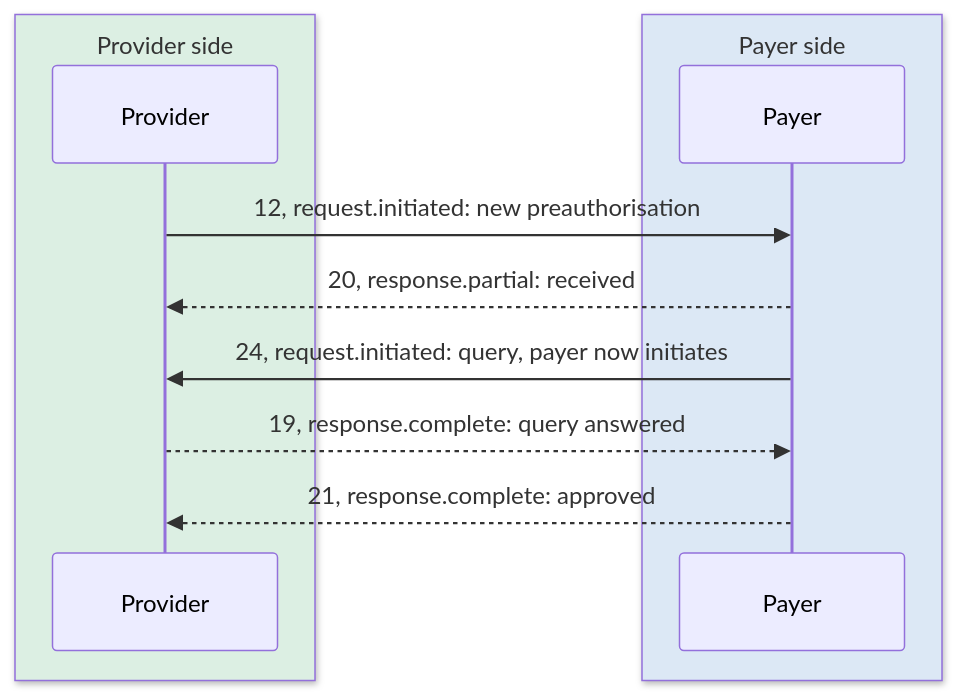
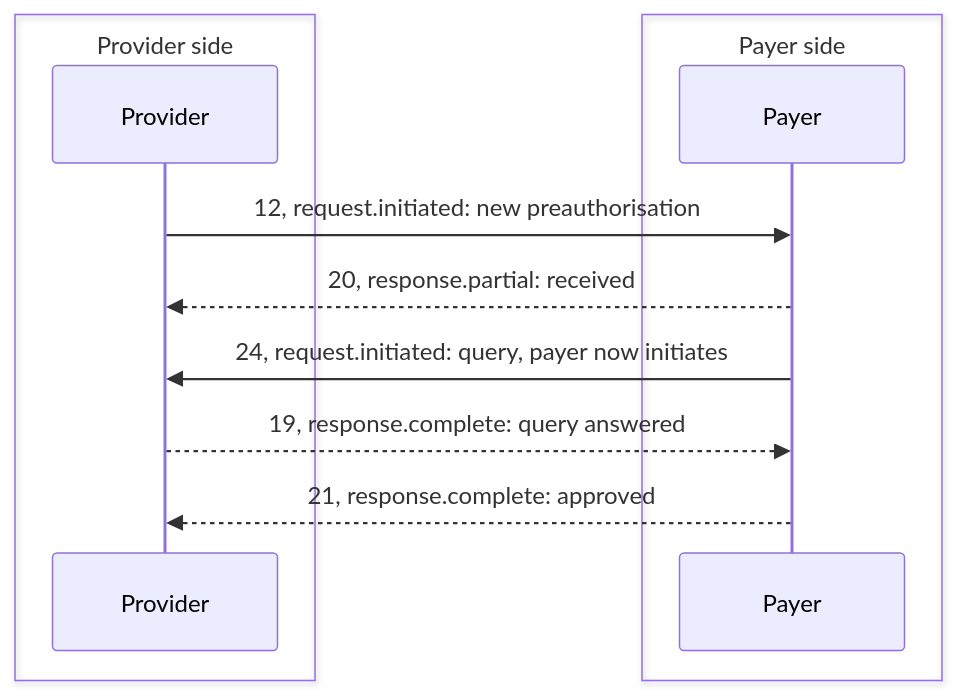
The diagram in site/docs/nhcx/v1/concepts/jwe-status-and-errors.md (nha-in/docs), drawn with Mermaid before and after one commit. The commit also changed other lines of this file and 178 other files, not shown here.

````diff
--- a/site/docs/nhcx/v1/concepts/jwe-status-and-errors.md
+++ b/site/docs/nhcx/v1/concepts/jwe-status-and-errors.md
@@ -94,14 +102,14 @@
 ```mermaid
 sequenceDiagram
-  box rgb(220,239,227) Provider side
+  box Provider side
     participant P as Provider
   end
-  box rgb(220,232,245) Payer side
+  box Payer side
     participant Y as Payer
   end
   P->>Y: 12, request.initiated: new preauthorisation
   Y-->>P: 20, response.partial: received
   Y->>P: 24, request.initiated: query, payer now initiates
   P-->>Y: 19, response.complete: query answered
   Y-->>P: 21, response.complete: approved
 ```
````
